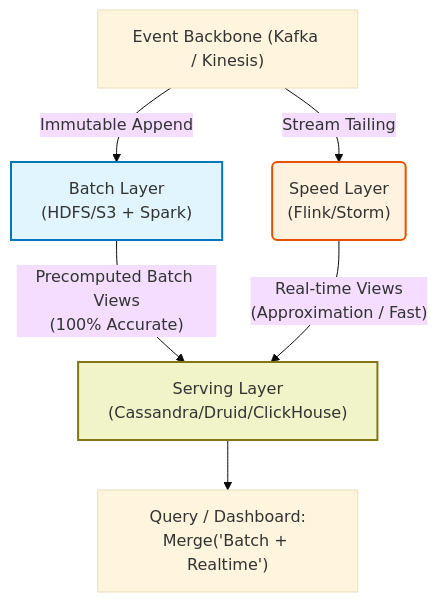
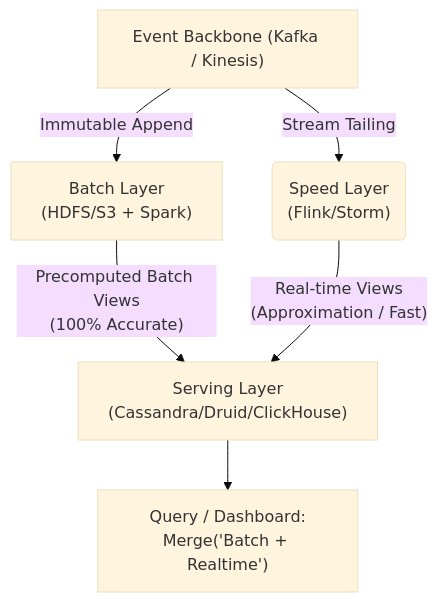
The diagram in src/content/docs/concepts/1-distributed-systems-architecture/lambda-architecture.md (kythuatdulieu/kythuatdulieu.github.io), drawn with Mermaid (base theme) before and after one commit. The commit also changed 686 other files, not shown here.

````diff
--- a/src/content/docs/concepts/1-distributed-systems-architecture/lambda-architecture.md
+++ b/src/content/docs/concepts/1-distributed-systems-architecture/lambda-architecture.md
@@ -26,14 +26,13 @@
 ```mermaid
 graph TD
     A["Event Backbone (Kafka / Kinesis)"] -->|Immutable Append| B["Batch Layer<br/>(HDFS/S3 + Spark)"]
     A -->|Stream Tailing| C("Speed Layer<br/>(Flink/Storm)")
     
     B -->|"Precomputed Batch Views<br/>(100% Accurate)"| D["Serving Layer<br/>(Cassandra/Druid/ClickHouse)"]
     C -->|"Real-time Views<br/>(Approximation / Fast)"| D
     
     D --> E["Query / Dashboard:<br/>Merge('Batch + Realtime')"]
-    
-    style B fill:#e1f5fe,stroke:#0277bd,stroke-width:2px
-    style C fill:#fff3e0,stroke:#e65100,stroke-width:2px
-    style D fill:#f0f4c8,stroke:#827717,stroke-width:2px
+
+
+
 ```
````
